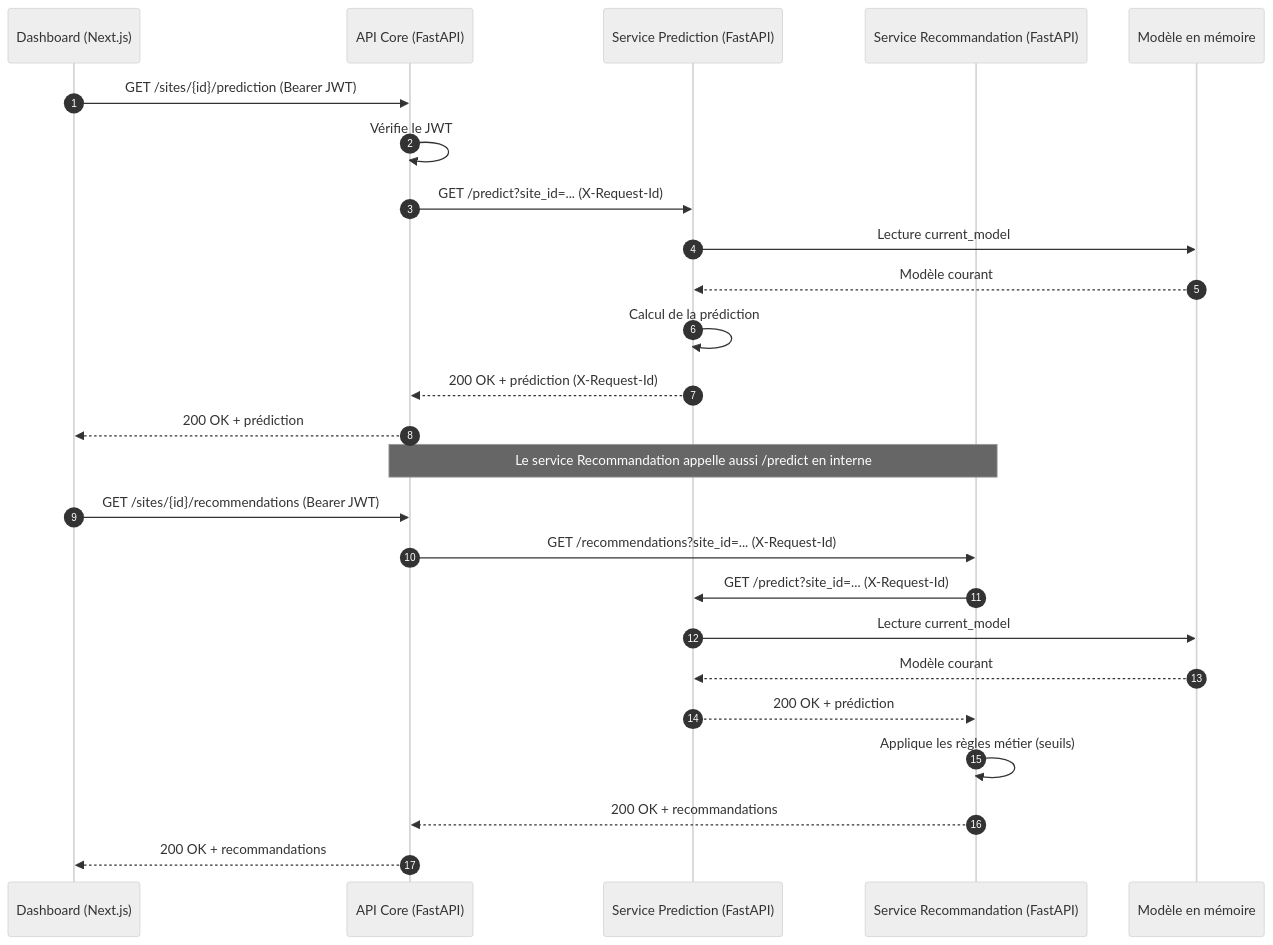
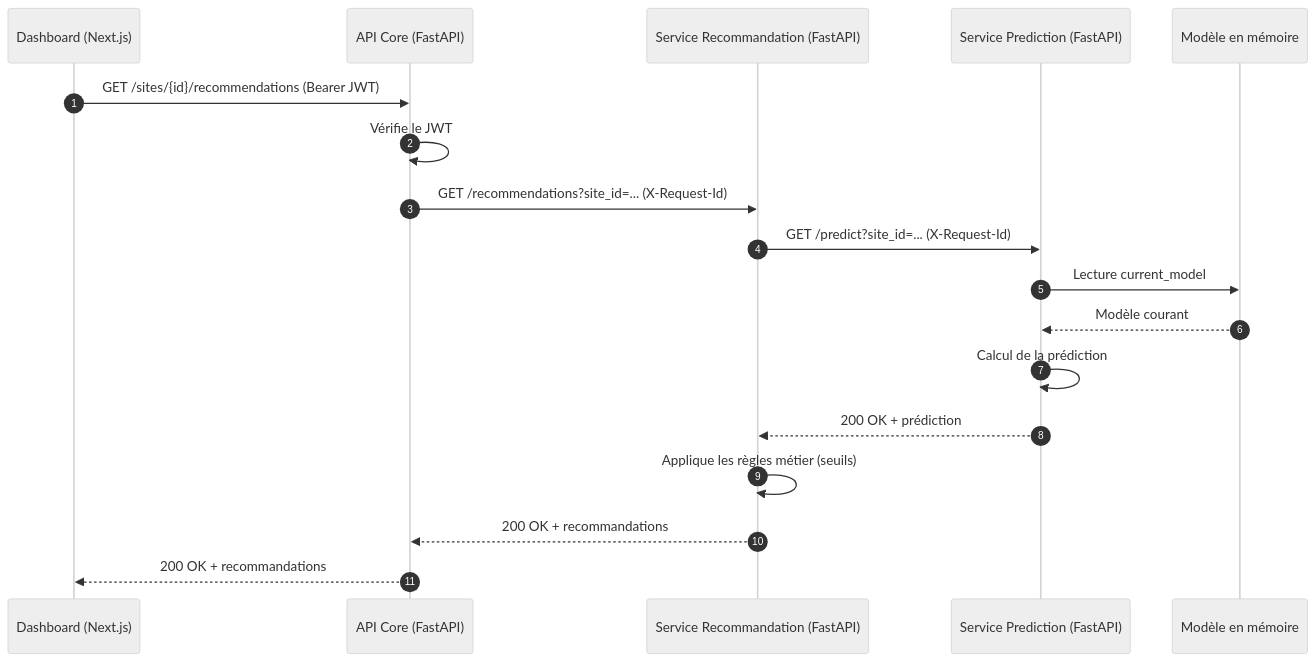
One commit to PetitPingu/EnerVision changed the second of 2 diagrams in docs/seq_predict_call.md. Above: the diagram before and after it, drawn with Mermaid (neutral theme). The commit also changed other lines of this file and 2 other files, not shown here.

Commit message:
docs: affiner les diagrammes ETL et d'appels aux services
Sépare l'ingestion et la transformation dans le diagramme ETL,
découpe les appels Prediction et Recommandation, et supprime
le diagramme de flux de données devenu obsolète.

````diff
--- a/docs/seq_predict_call.md
+++ b/docs/seq_predict_call.md
@@ -5,29 +29,21 @@
 ```mermaid
 sequenceDiagram
     autonumber
     participant Client as Dashboard (Next.js)
     participant Core as API Core (FastAPI)
+    participant Reco as Service Recommandation (FastAPI)
     participant Pred as Service Prediction (FastAPI)
-    participant Reco as Service Recommandation (FastAPI)
     participant Mem as Modèle en mémoire
-
-    Client->>Core: GET /sites/{id}/prediction (Bearer JWT)
+ 
+    Client->>Core: GET /sites/{id}/recommendations (Bearer JWT)
     Core->>Core: Vérifie le JWT
-    Core->>Pred: GET /predict?site_id=... (X-Request-Id)
-    Pred->>Mem: Lecture current_model
-    Mem-->>Pred: Modèle courant
-    Pred->>Pred: Calcul de la prédiction
-    Pred-->>Core: 200 OK + prédiction (X-Request-Id)
-    Core-->>Client: 200 OK + prédiction
-
-    Note over Core,Reco: Le service Recommandation appelle aussi /predict en interne
-    Client->>Core: GET /sites/{id}/recommendations (Bearer JWT)
     Core->>Reco: GET /recommendations?site_id=... (X-Request-Id)
     Reco->>Pred: GET /predict?site_id=... (X-Request-Id)
     Pred->>Mem: Lecture current_model
     Mem-->>Pred: Modèle courant
+    Pred->>Pred: Calcul de la prédiction
     Pred-->>Reco: 200 OK + prédiction
     Reco->>Reco: Applique les règles métier (seuils)
     Reco-->>Core: 200 OK + recommandations
     Core-->>Client: 200 OK + recommandations
 ```
````
